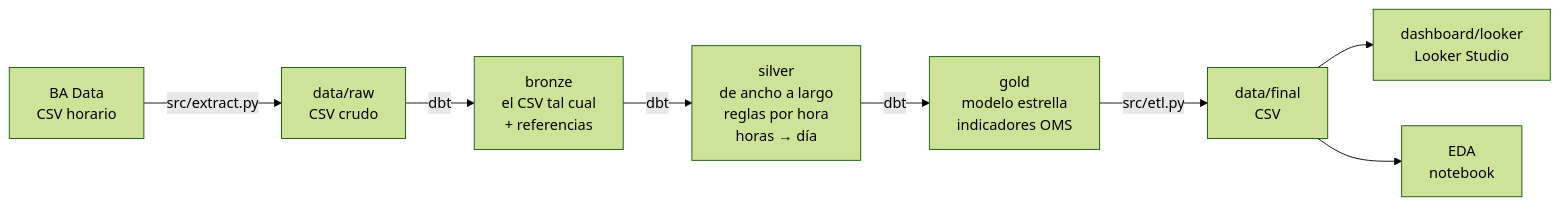
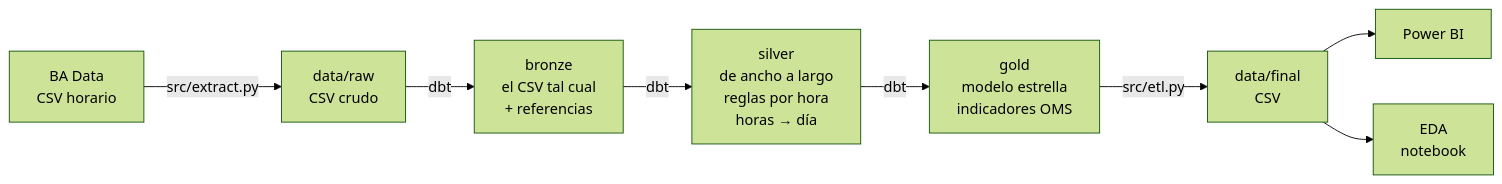
One commit to ezequielmaranda/nox-ciudad changed the diagram in README.md. Above: the diagram before and after it, drawn with Mermaid (forest theme). The commit also changed other lines of this file and 49 other files, not shown here.

````diff
--- a/README.md
+++ b/README.md
@@ -217,10 +218,10 @@
 ```mermaid
 flowchart LR
     A["BA Data<br/>CSV horario"] -- "src/extract.py" --> B["data/raw<br/>CSV crudo"]
     B -- "dbt" --> C["bronze<br/>el CSV tal cual<br/>+ referencias"]
     C -- "dbt" --> D["silver<br/>de ancho a largo<br/>reglas por hora<br/>horas → día"]
     D -- "dbt" --> E["gold<br/>modelo estrella<br/>indicadores OMS"]
     E -- "src/etl.py" --> F["data/final<br/>CSV"]
-    F --> G["dashboard/looker<br/>Looker Studio"]
+    F --> G["Power BI"]
     F --> H["EDA<br/>notebook"]
 ```
````
